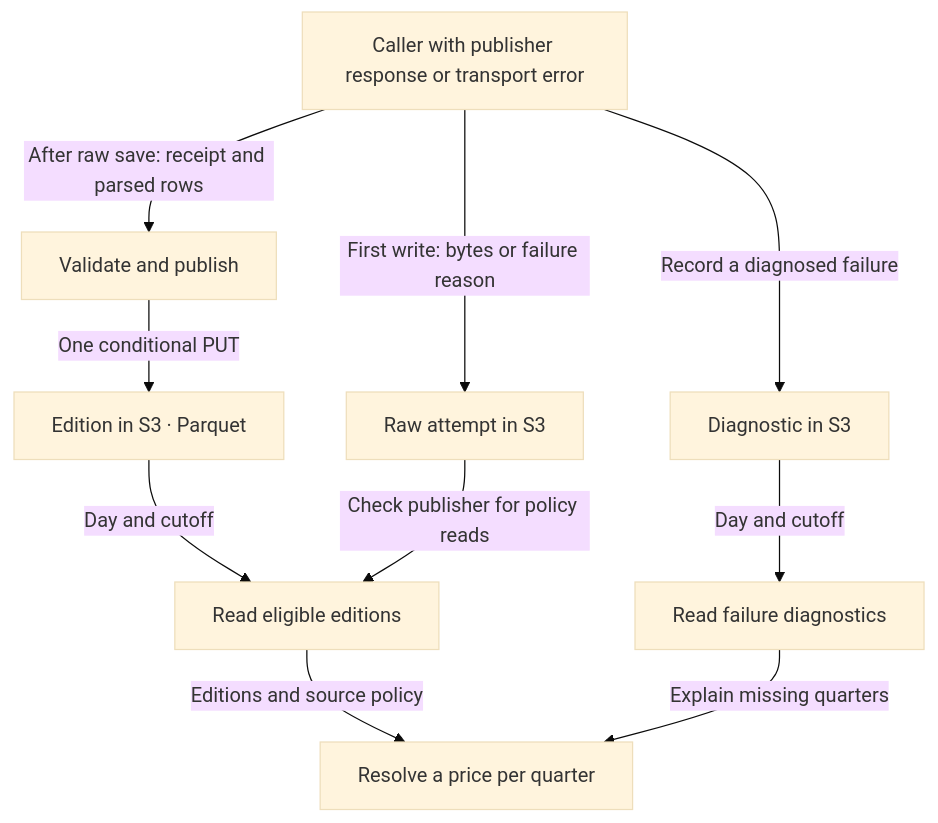
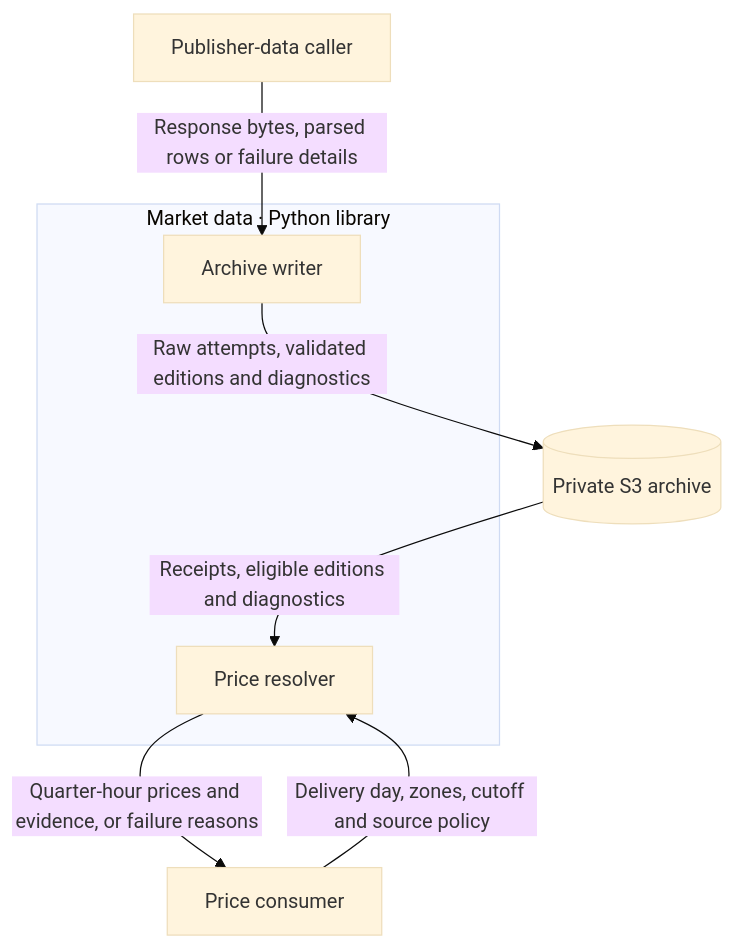
Before and after one commit to zoltanmaric/coppersushi: the diagram in coppersushi/pipelines/market_data/README.md, drawn with Mermaid (base theme). The commit also changed other lines of this file, not shown here.

Commit message:
Show who writes the market archive and who supplies the cutoff

````diff
--- a/coppersushi/pipelines/market_data/README.md
+++ b/coppersushi/pipelines/market_data/README.md
@@ -9,13 +9,15 @@
 ```mermaid
-flowchart TD
-    Caller["Caller with publisher response or transport error"]
-    Caller -->|First write: bytes or failure reason| Raw["Raw attempt in S3"]
-    Caller -->|After raw save: receipt and parsed rows| Writer["Validate and publish"]
-    Writer -->|One conditional PUT| Table["Edition in S3 · Parquet"]
-    Caller -->|Record a diagnosed failure| Fail["Diagnostic in S3"]
-    Table -->|Day and cutoff| Read["Read eligible editions"]
-    Raw -->|Check publisher for policy reads| Read
-    Fail -->|Day and cutoff| Audit["Read failure diagnostics"]
-    Read -->|Editions and source policy| Resolve["Resolve a price per quarter"]
-    Audit -->|Explain missing quarters| Resolve
+flowchart TB
+    Caller["Publisher-data caller"]
+    Consumer["Price consumer"]
+    subgraph Market["Market data · Python library"]
+        Writer["Archive writer"]
+        Resolver["Price resolver"]
+    end
+    Archive[("Private S3 archive")]
+    Caller -->|Response bytes, parsed rows or failure details| Writer
+    Writer -->|Raw attempts, validated editions and diagnostics| Archive
+    Consumer -->|Delivery day, zones, cutoff and source policy| Resolver
+    Archive -->|Receipts, eligible editions and diagnostics| Resolver
+    Resolver -->|Quarter-hour prices and evidence, or failure reasons| Consumer
 ```
````
